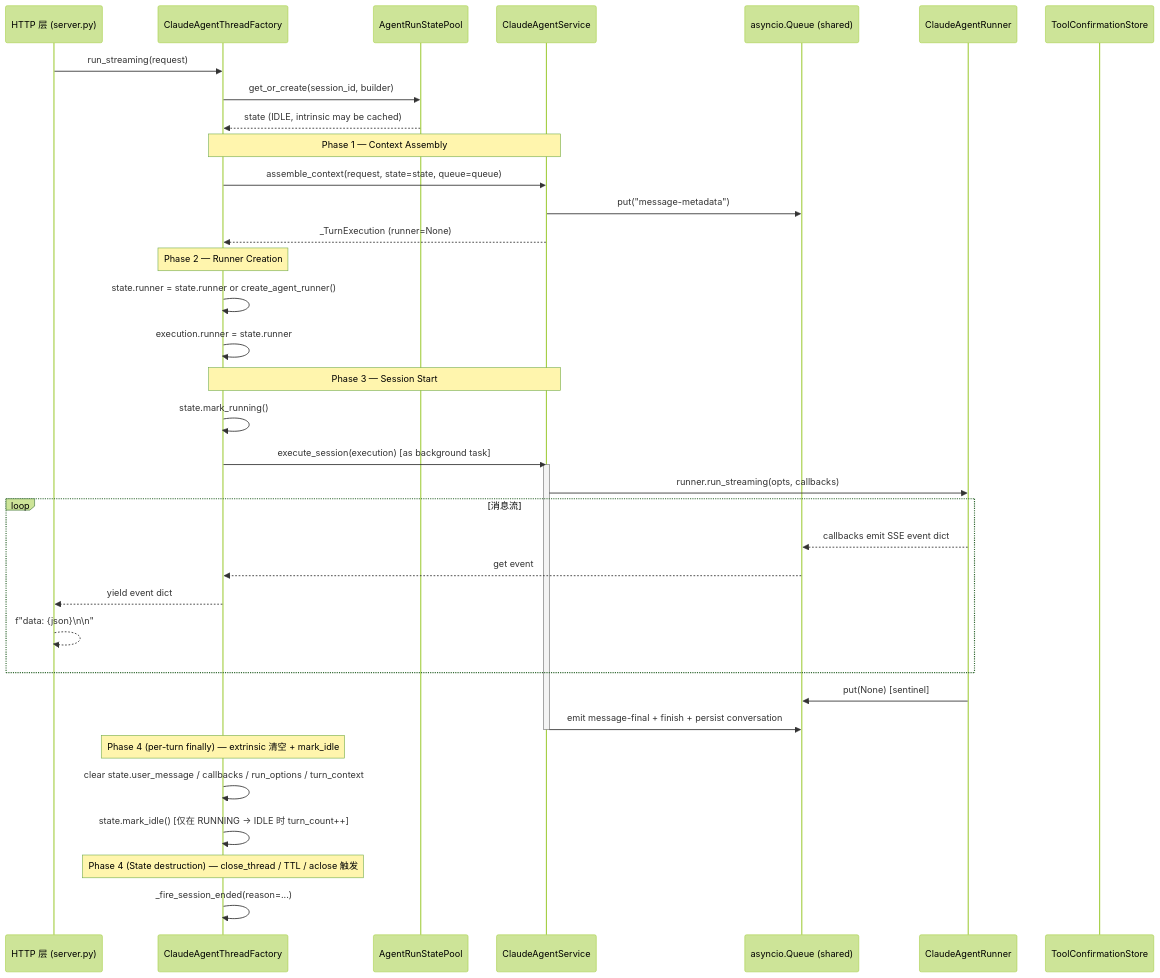
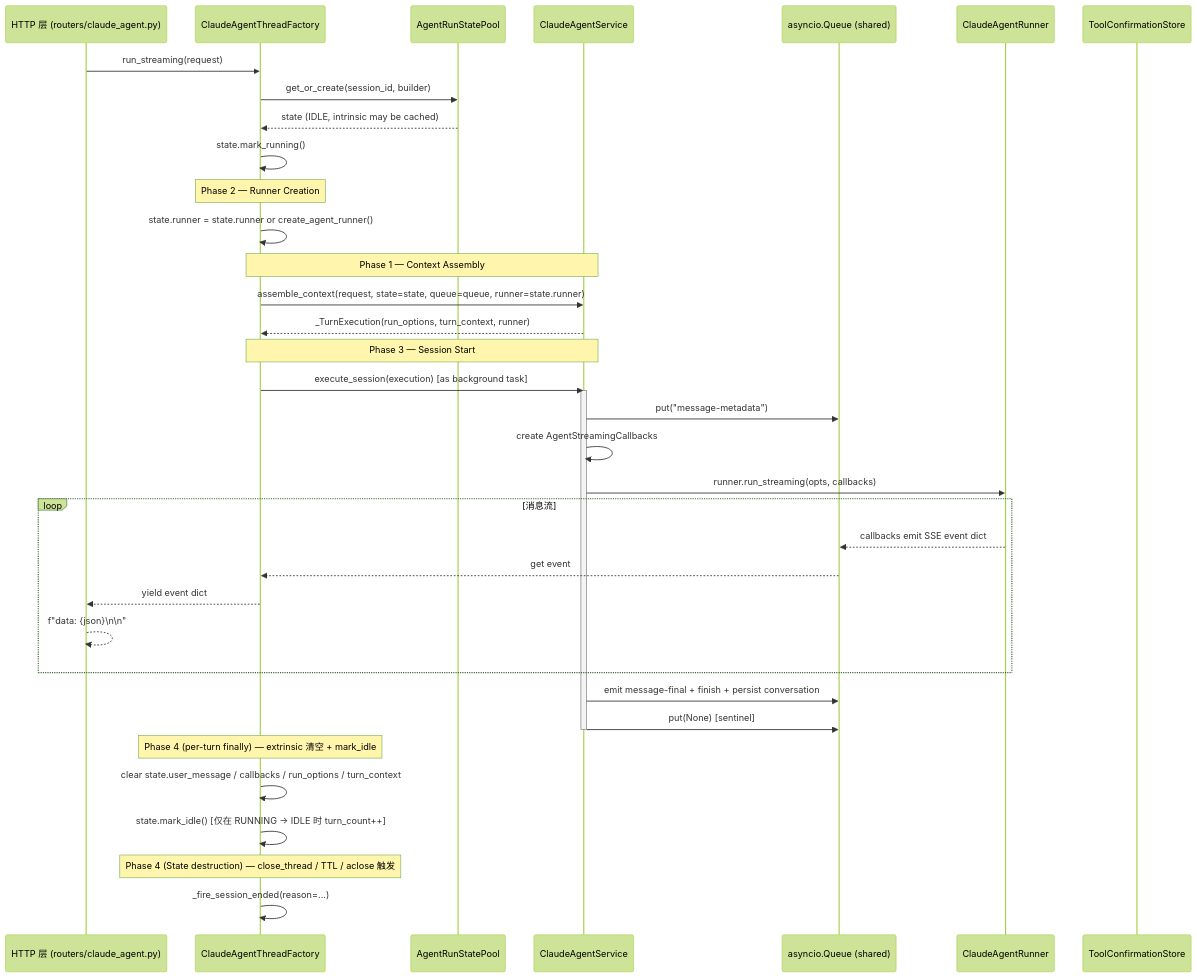
Before and after one commit to glide-the/im-dream: the second of 4 diagrams in docs/design/claude-agent/claude-agent-service-design.md, drawn with Mermaid (forest theme). The commit also changed other lines of this file and 4 other files, not shown here.

First line of the commit message:
feat: Add prompt optimization design for Claude Agent

````diff
--- a/docs/design/claude-agent/claude-agent-service-design.md
+++ b/docs/design/claude-agent/claude-agent-service-design.md
@@ -137,47 +141,47 @@
 ```mermaid
 sequenceDiagram
-    participant HTTP as HTTP 层 (server.py)
+    participant HTTP as HTTP 层 (routers/claude_agent.py)
     participant Factory as ClaudeAgentThreadFactory
     participant Pool as AgentRunStatePool
     participant Svc as ClaudeAgentService
     participant Queue as asyncio.Queue (shared)
     participant Runner as ClaudeAgentRunner
     participant Store as ToolConfirmationStore
 
     HTTP->>Factory: run_streaming(request)
     Factory->>Pool: get_or_create(session_id, builder)
     Pool-->>Factory: state (IDLE, intrinsic may be cached)
-
-    Note over Factory,Svc: Phase 1 — Context Assembly
-    Factory->>Svc: assemble_context(request, state=state, queue=queue)
-    Svc->>Queue: put("message-metadata")
-    Svc-->>Factory: _TurnExecution (runner=None)
+    Factory->>Factory: state.mark_running()
 
     Note over Factory: Phase 2 — Runner Creation
     Factory->>Factory: state.runner = state.runner or create_agent_runner()
-    Factory->>Factory: execution.runner = state.runner
+
+    Note over Factory,Svc: Phase 1 — Context Assembly
+    Factory->>Svc: assemble_context(request, state=state, queue=queue, runner=state.runner)
+    Svc-->>Factory: _TurnExecution(run_options, turn_context, runner)
 
     Note over Factory,Svc: Phase 3 — Session Start
-    Factory->>Factory: state.mark_running()
     Factory->>Svc: execute_session(execution)  [as background task]
     activate Svc
+    Svc->>Queue: put("message-metadata")
+    Svc->>Svc: create AgentStreamingCallbacks
     Svc->>Runner: runner.run_streaming(opts, callbacks)
 
     loop 消息流
         Runner-->>Queue: callbacks emit SSE event dict
         Queue-->>Factory: get event
         Factory-->>HTTP: yield event dict
         HTTP-->>HTTP: f"data: {json}\n\n"
     end
 
-    Runner->>Queue: put(None) [sentinel]
     Svc->>Queue: emit message-final + finish + persist conversation
+    Svc->>Queue: put(None) [sentinel]
     deactivate Svc
 
     Note over Factory: Phase 4 (per-turn finally) — extrinsic 清空 + mark_idle
     Factory->>Factory: clear state.user_message / callbacks / run_options / turn_context
     Factory->>Factory: state.mark_idle()  [仅在 RUNNING → IDLE 时 turn_count++]
 
     Note over Factory: Phase 4 (State destruction) — close_thread / TTL / aclose 触发
     Factory->>Factory: _fire_session_ended(reason=...)
 ```
````
